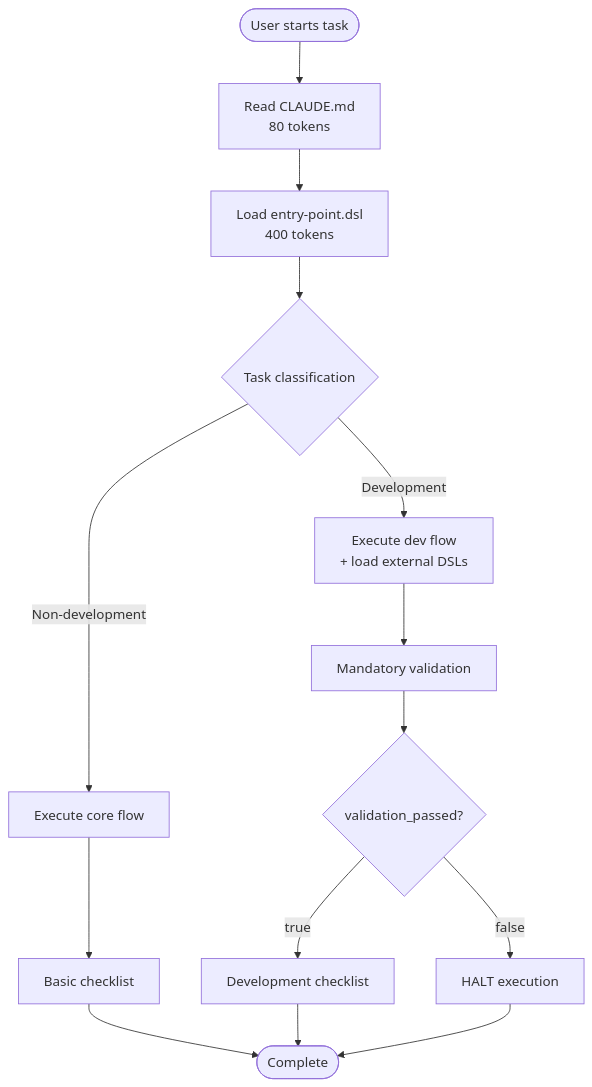
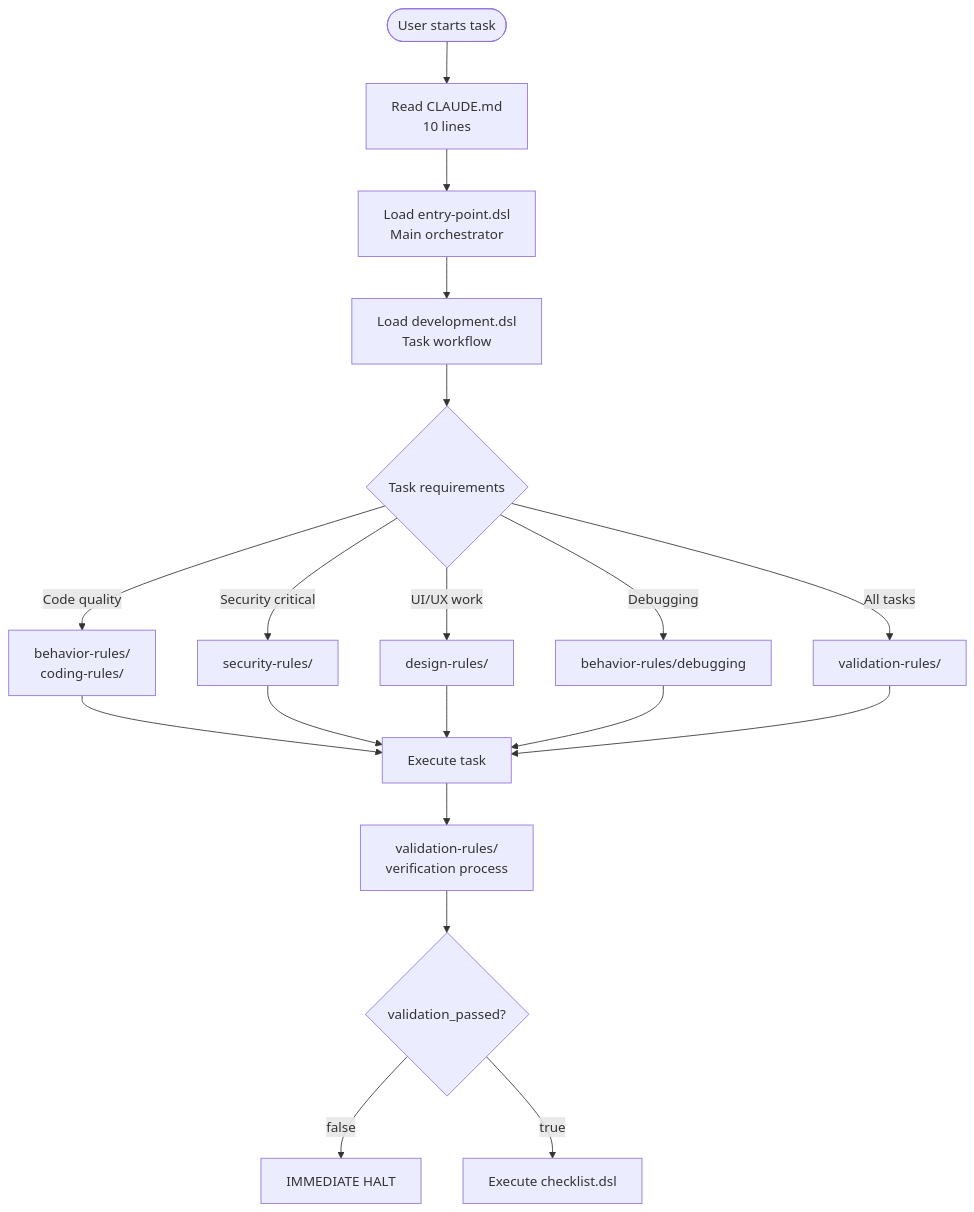
One commit to reivosar/claude-code-engineering-guide changed the first of 9 diagrams in dsl/FLOW.md. Above: the diagram before and after it, drawn with Mermaid. The commit also changed other lines of this file, not shown here.

First line of the commit message:
UPDATE: Completely rewrite dsl/FLOW.md to reflect current modular architecture

````diff
--- a/dsl/FLOW.md
+++ b/dsl/FLOW.md
@@ -6,20 +6,24 @@
 ```mermaid
 graph TB
-    Start([User starts task]) --> ReadClaude[Read CLAUDE.md<br/>80 tokens]
-    ReadClaude --> LoadMain[Load entry-point.dsl<br/>400 tokens]
-    LoadMain --> ClassifyTask{Task classification}
+    Start([User starts task]) --> ReadClaude[Read CLAUDE.md<br/>10 lines]
+    ReadClaude --> LoadEntry[Load entry-point.dsl<br/>Main orchestrator]
+    LoadEntry --> LoadDev[Load development.dsl<br/>Task workflow]
     
-    ClassifyTask -->|Non-development| CoreFlow[Execute core flow]
-    ClassifyTask -->|Development| DevFlow[Execute dev flow<br/>+ load external DSLs]
+    LoadDev --> ConditionalLoad{Task requirements}
+    ConditionalLoad -->|Code quality| LoadCoding[behavior-rules/<br/>coding-rules/]
+    ConditionalLoad -->|Security critical| LoadSecurity[security-rules/]
+    ConditionalLoad -->|UI/UX work| LoadDesign[design-rules/]
+    ConditionalLoad -->|Debugging| LoadDebug[behavior-rules/debugging]
+    ConditionalLoad -->|All tasks| LoadValidation[validation-rules/]
     
-    CoreFlow --> BasicCheck[Basic checklist]
-    DevFlow --> Validate[Mandatory validation]
+    LoadCoding --> Execute[Execute task]
+    LoadSecurity --> Execute
+    LoadDesign --> Execute
+    LoadDebug --> Execute
+    LoadValidation --> Execute
     
-    Validate --> ValidationCheck{validation_passed?}
-    ValidationCheck -->|false| Halt[HALT execution]
-    ValidationCheck -->|true| DevCheck[Development checklist]
-    
-    BasicCheck --> End([Complete])
-    DevCheck --> End
-    Halt --> End
+    Execute --> Validate[validation-rules/<br/>verification process]
+    Validate --> Check{validation_passed?}
+    Check -->|false| Halt[IMMEDIATE HALT]
+    Check -->|true| Complete[Execute checklist.dsl]
 ```
````
